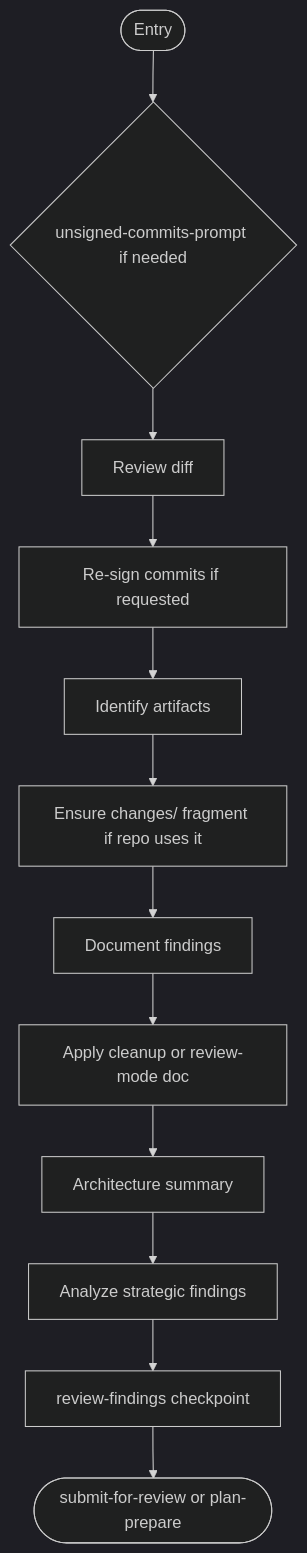
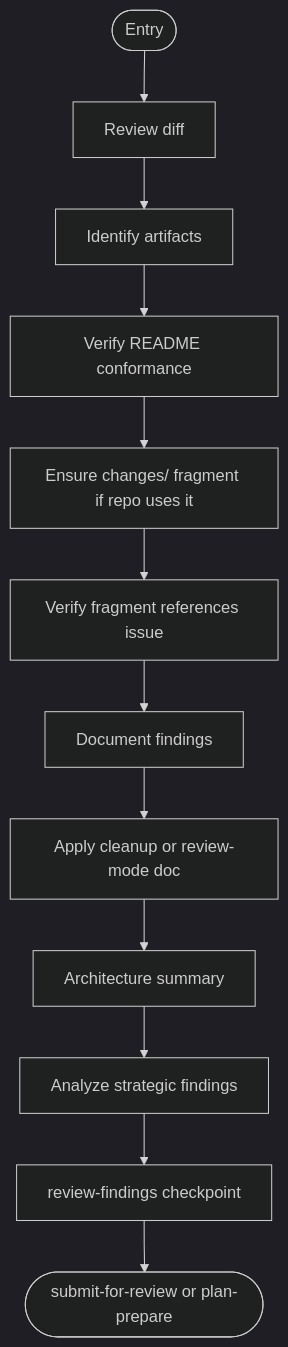
Before and after one commit to m2ux/workflow-server: diagram 12 of 14 in work-package/activities/README.md, drawn with Mermaid (dark theme). The commit also changed other lines of this file, not shown here.

````diff
--- a/work-package/activities/README.md
+++ b/work-package/activities/README.md
@@ -749,14 +755,14 @@
 ```mermaid
 graph TD
-    entryNode(["Entry"]) --> cpUnsigned{"unsigned-commits-prompt if needed"}
-    cpUnsigned --> diffReview["Review diff"]
-    diffReview --> resign["Re-sign commits if requested"]
-    resign --> identifyArtifacts["Identify artifacts"]
-    identifyArtifacts --> changesFrag["Ensure changes/ fragment if repo uses it"]
-    changesFrag --> documentFindings["Document findings"]
+    entryNode(["Entry"]) --> diffReview["Review diff"]
+    diffReview --> identifyArtifacts["Identify artifacts"]
+    identifyArtifacts --> verifyReadme["Verify README conformance"]
+    verifyReadme --> changesFrag["Ensure changes/ fragment if repo uses it"]
+    changesFrag --> verifyFragment["Verify fragment references issue"]
+    verifyFragment --> documentFindings["Document findings"]
     documentFindings --> applyCleanup["Apply cleanup or review-mode doc"]
     applyCleanup --> createArchSummary["Architecture summary"]
     createArchSummary --> analyze["Analyze strategic findings"]
     analyze --> cpFindings["review-findings checkpoint"]
     cpFindings --> exitSubmit(["submit-for-review or plan-prepare"])
 ```
````
